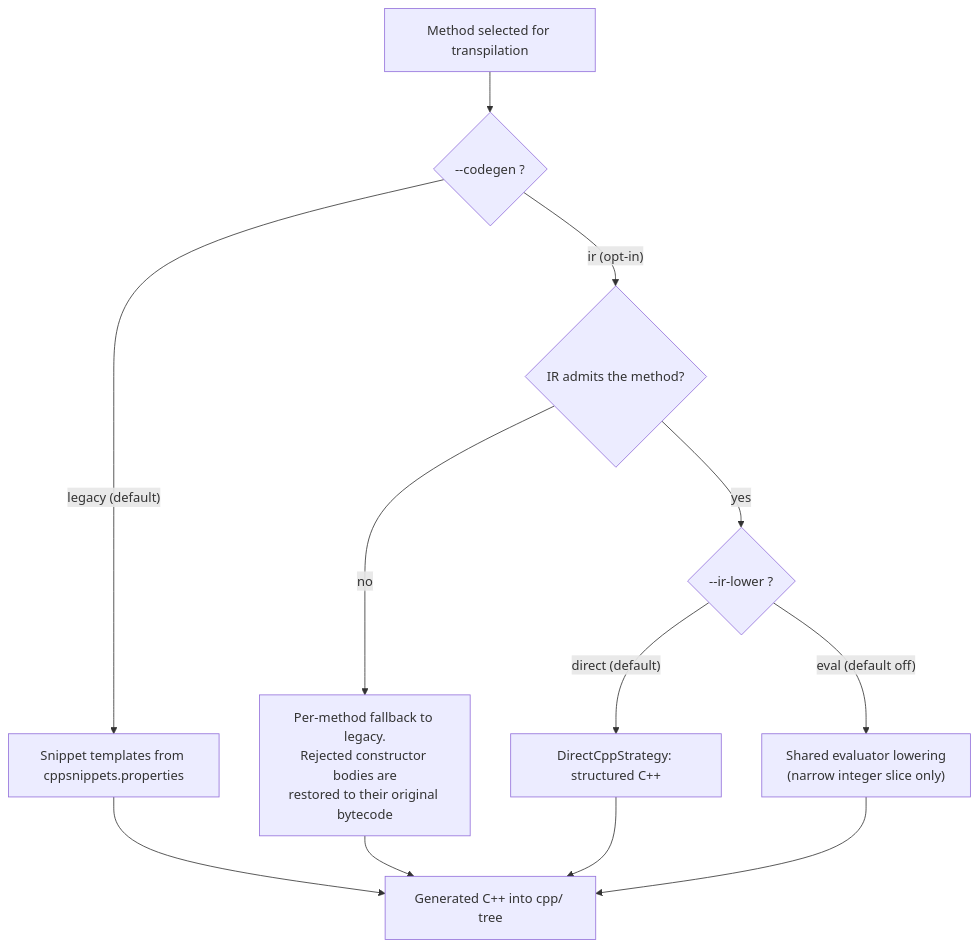
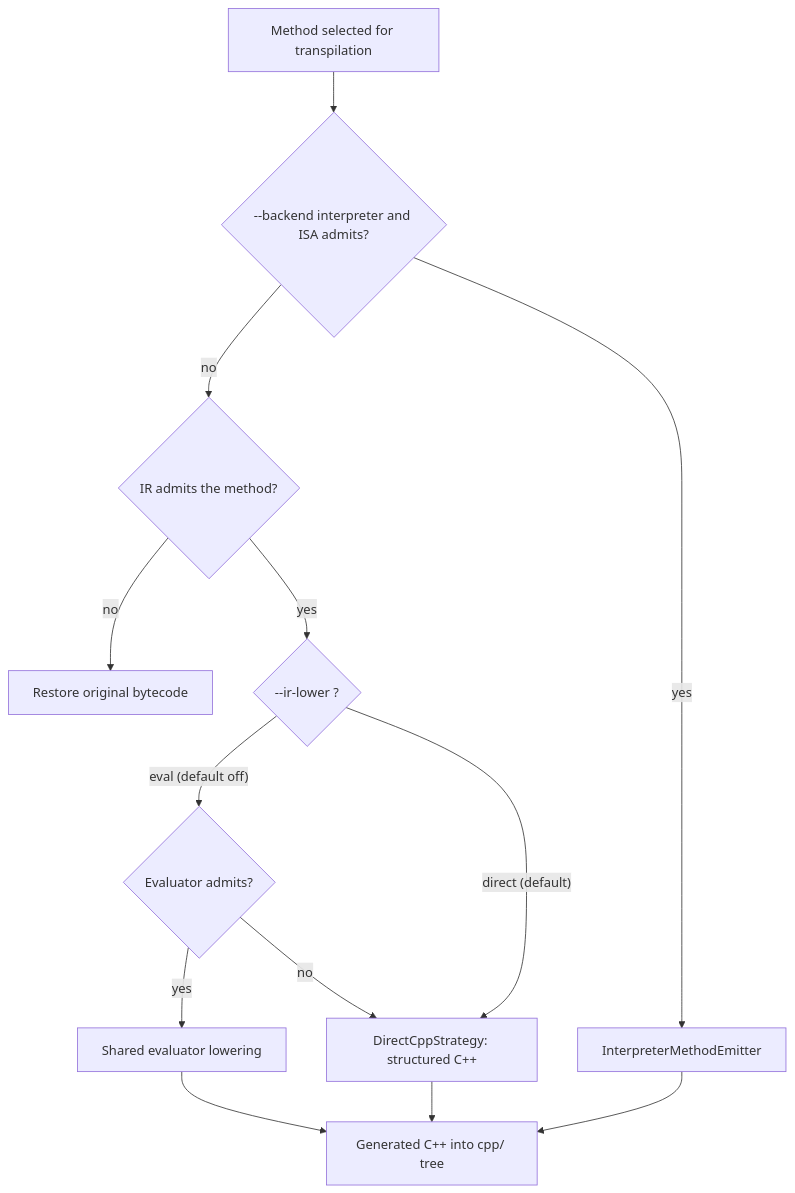
Before and after one commit to gaoyu06/native-obfuscator: the second of 2 diagrams in README.md, drawn with Mermaid. The commit also changed other lines of this file and 50 other files, not shown here.

First line of the commit message:
Make IR the default generator and delete the snippet path

````diff
--- a/README.md
+++ b/README.md
@@ -136,14 +138,15 @@
 ```mermaid
 flowchart TD
-    A["Method selected for transpilation"] --> B{"--codegen ?"}
-    B -- "legacy (default)" --> C["Snippet templates from cppsnippets.properties"]
-    B -- "ir (opt-in)" --> D{"IR admits the method?"}
-    D -- "no" --> E["Per-method fallback to legacy.<br/>Rejected constructor bodies are<br/>restored to their original bytecode"]
+    A["Method selected for transpilation"] --> B{"--backend interpreter and ISA admits?"}
+    B -- "yes" --> C["InterpreterMethodEmitter"]
+    B -- "no" --> D{"IR admits the method?"}
+    D -- "no" --> E["Restore original bytecode"]
     D -- "yes" --> F{"--ir-lower ?"}
     F -- "direct (default)" --> G["DirectCppStrategy: structured C++"]
-    F -- "eval (default off)" --> H["Shared evaluator lowering<br/>(narrow integer slice only)"]
-    C --> I["Generated C++ into cpp/ tree"]
-    E --> I
-    G --> I
-    H --> I
+    F -- "eval (default off)" --> H{"Evaluator admits?"}
+    H -- "yes" --> I["Shared evaluator lowering"]
+    H -- "no" --> G
+    C --> J["Generated C++ into cpp/ tree"]
+    G --> J
+    I --> J
 ```
````
